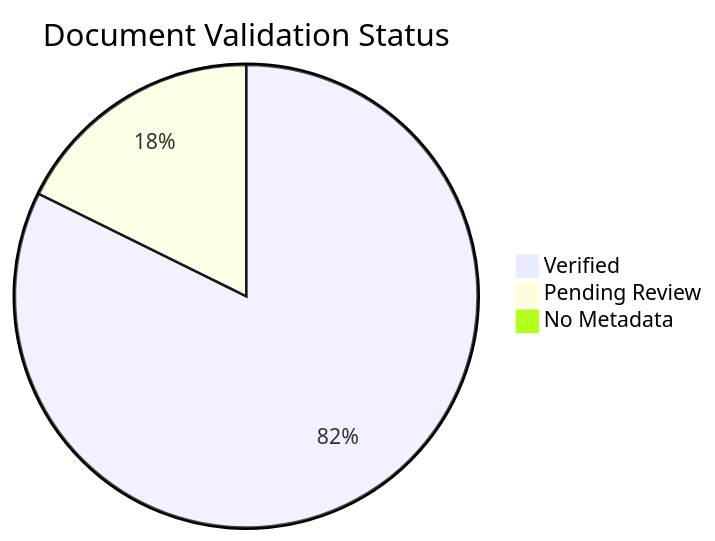
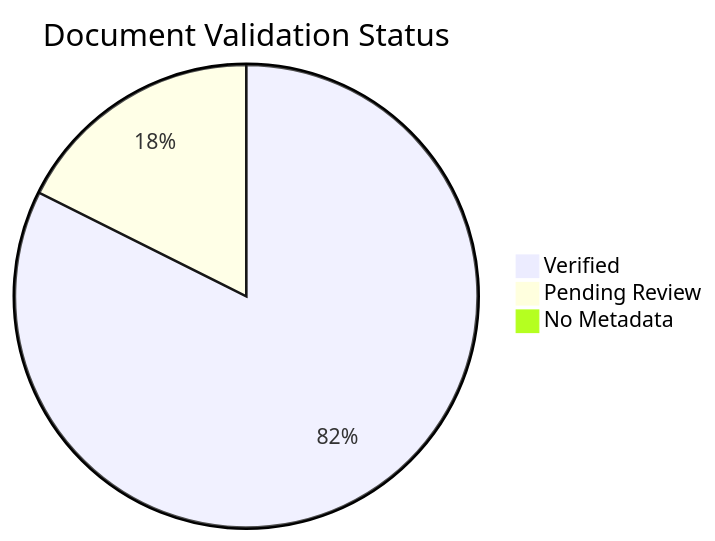
One commit to yeongseon/azure-container-apps-practical-guide changed the diagram in docs/reference/content-validation-status.md. Above: the diagram before and after it, drawn with Mermaid. The commit also changed other lines of this file and 2 other files, not shown here.

````diff
--- a/docs/reference/content-validation-status.md
+++ b/docs/reference/content-validation-status.md
@@ -35,6 +35,6 @@
 ```mermaid
 pie title Document Validation Status
-    "Verified" : 172
+    "Verified" : 173
     "Pending Review" : 37
     "No Metadata" : 1
 ```
````
